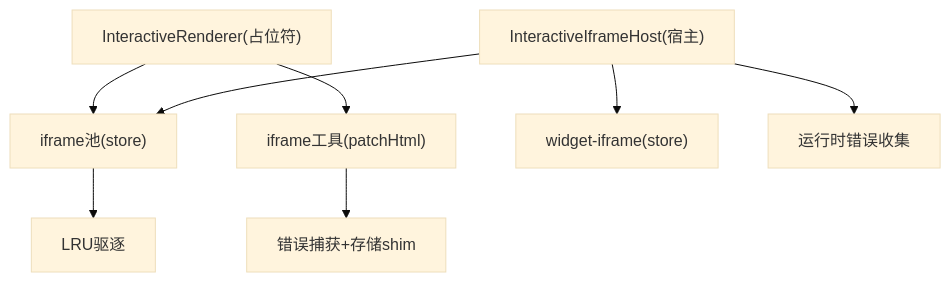
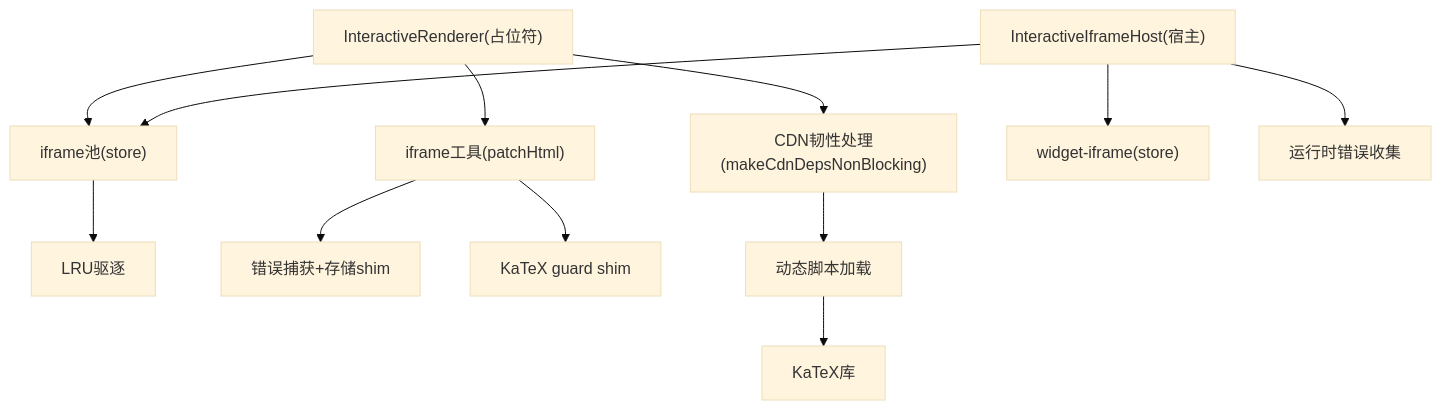
Before and after one commit to huangboheng/OpenMAIC: the eighth of 8 diagrams in .qoder/repowiki/zh/content/UI 组件系统/场景渲染组件/交互式内容渲染器.md, drawn with Mermaid (base theme). The commit also changed other lines of this file and 43 other files, not shown here.

````diff
--- a/.qoder/repowiki/zh/content/UI 组件系统/场景渲染组件/交互式内容渲染器.md
+++ b/.qoder/repowiki/zh/content/UI 组件系统/场景渲染组件/交互式内容渲染器.md
@@ -332,10 +410,14 @@
 ```mermaid
 graph TB
 IR["InteractiveRenderer(占位符)"] --> Pool["iframe池(store)"]
 IR --> Patch["iframe工具(patchHtml)"]
+IR --> Cdn["CDN韧性处理(makeCdnDepsNonBlocking)"]
 Host["InteractiveIframeHost(宿主)"] --> Pool
 Host --> WStore["widget-iframe(store)"]
 Host --> Errors["运行时错误收集"]
 Pool --> Evict["LRU驱逐"]
 Patch --> Shims["错误捕获+存储shim"]
+Patch --> CdnGuard["KaTeX guard shim"]
+Cdn --> DynamicLoad["动态脚本加载"]
+DynamicLoad --> KaTeX["KaTeX库"]
 ```
````
